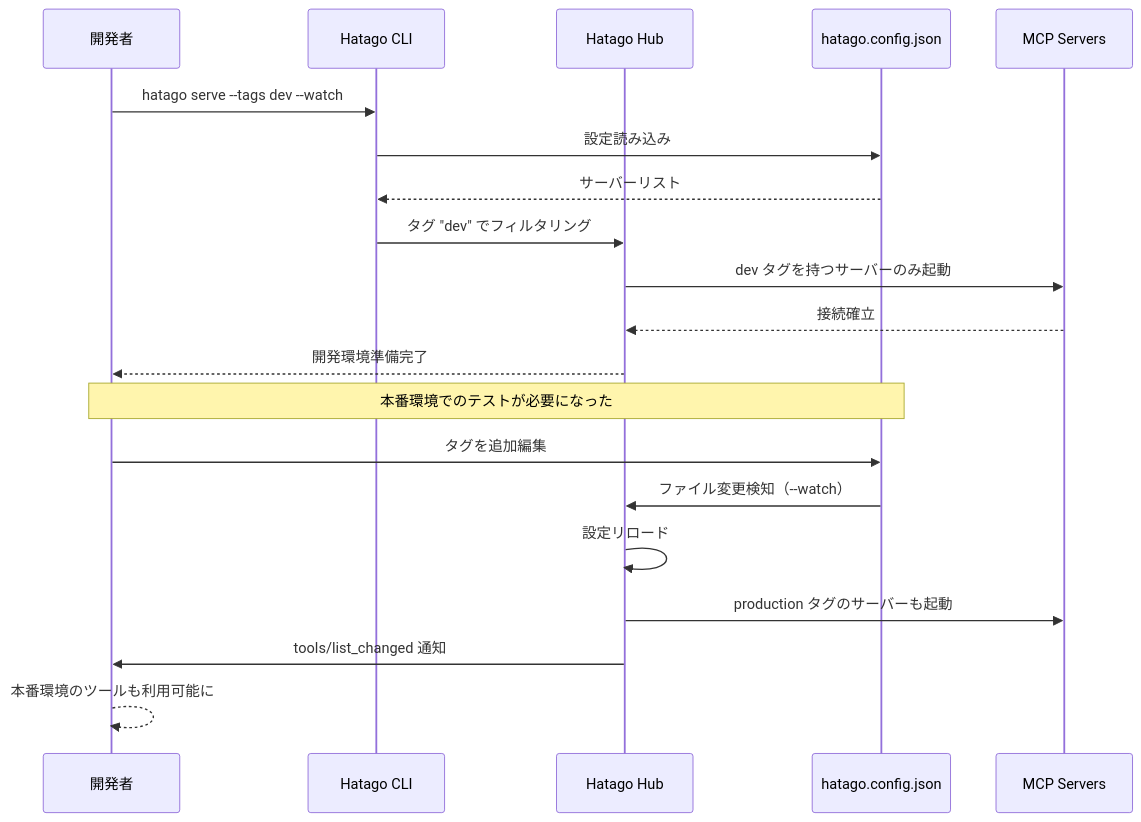
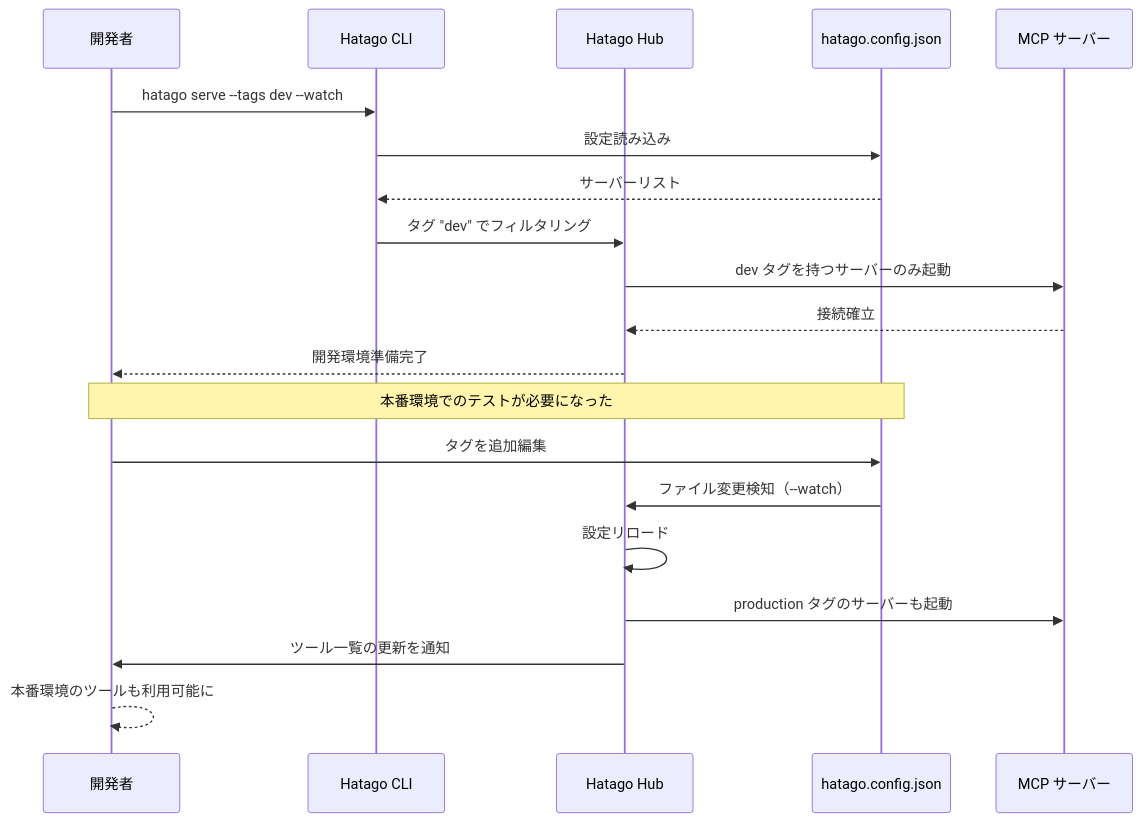
One commit to himorishige/zenn-contents changed the third of 3 diagrams in articles/introduce-hatago-mcp-hub.md. Above: the diagram before and after it, drawn with Mermaid. The commit also changed other lines of this file, not shown here.

Commit message:
docs: add GitHub repo link and improve article clarity

````diff
--- a/articles/introduce-hatago-mcp-hub.md
+++ b/articles/introduce-hatago-mcp-hub.md
@@ -274,25 +294,25 @@
 ```mermaid
 sequenceDiagram
     participant User as 開発者
     participant CLI as Hatago CLI
     participant Hub as Hatago Hub
     participant Config as hatago.config.json
-    participant Servers as MCP Servers
+    participant Servers as MCP サーバー
 
     User->>CLI: hatago serve --tags dev --watch
     CLI->>Config: 設定読み込み
     Config-->>CLI: サーバーリスト
     CLI->>Hub: タグ "dev" でフィルタリング
     Hub->>Servers: dev タグを持つサーバーのみ起動
     Servers-->>Hub: 接続確立
     Hub-->>User: 開発環境準備完了
 
     Note over User,Config: 本番環境でのテストが必要になった
 
     User->>Config: タグを追加編集
     Config->>Hub: ファイル変更検知（--watch）
     Hub->>Hub: 設定リロード
     Hub->>Servers: production タグのサーバーも起動
-    Hub->>User: tools/list_changed 通知
+    Hub->>User: ツール一覧の更新を通知
     User-->>User: 本番環境のツールも利用可能に
 ```
````
